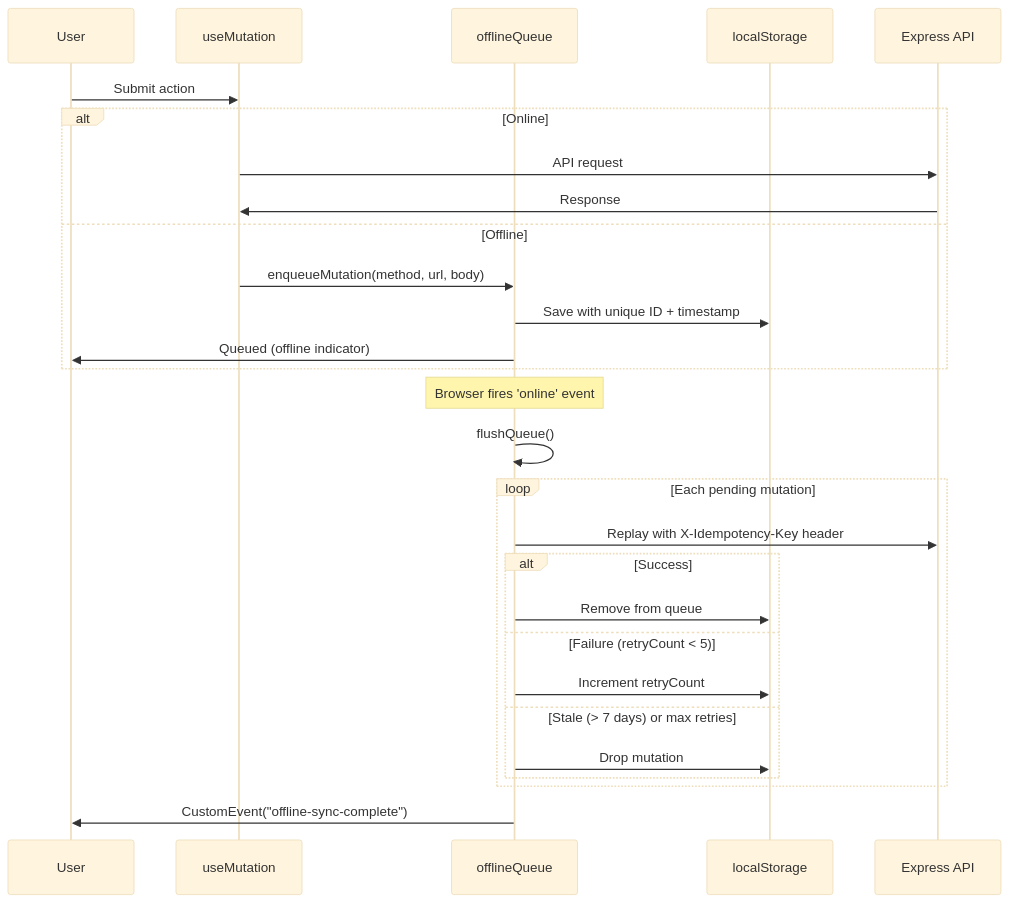
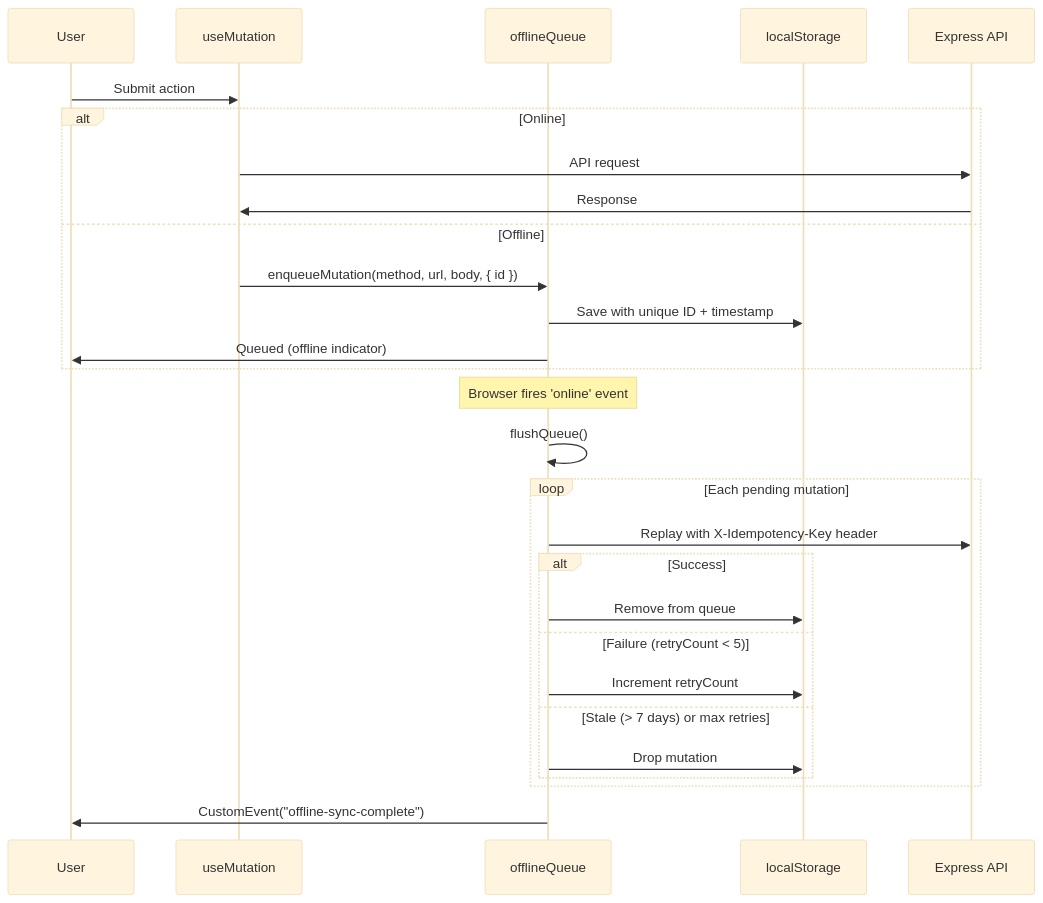
Before and after one commit to daler91/Hyrox-Companion: the second of 2 diagrams in docs/state-management.md, drawn with Mermaid (base theme). The commit also changed other lines of this file and 20 other files, not shown here.

````diff
--- a/docs/state-management.md
+++ b/docs/state-management.md
@@ -232,32 +234,32 @@
 ```mermaid
 sequenceDiagram
     participant User
     participant Hook as useMutation
     participant Queue as offlineQueue
     participant Storage as localStorage
     participant Server as Express API
     
     User->>Hook: Submit action
     alt Online
         Hook->>Server: API request
         Server->>Hook: Response
     else Offline
-        Hook->>Queue: enqueueMutation(method, url, body)
+        Hook->>Queue: enqueueMutation(method, url, body, { id })
         Queue->>Storage: Save with unique ID + timestamp
         Queue->>User: Queued (offline indicator)
     end
     
     Note over Queue: Browser fires 'online' event
     Queue->>Queue: flushQueue()
     loop Each pending mutation
         Queue->>Server: Replay with X-Idempotency-Key header
         alt Success
             Queue->>Storage: Remove from queue
         else Failure (retryCount < 5)
             Queue->>Storage: Increment retryCount
         else Stale (> 7 days) or max retries
             Queue->>Storage: Drop mutation
         end
     end
     Queue->>User: CustomEvent("offline-sync-complete")
 ```
````
